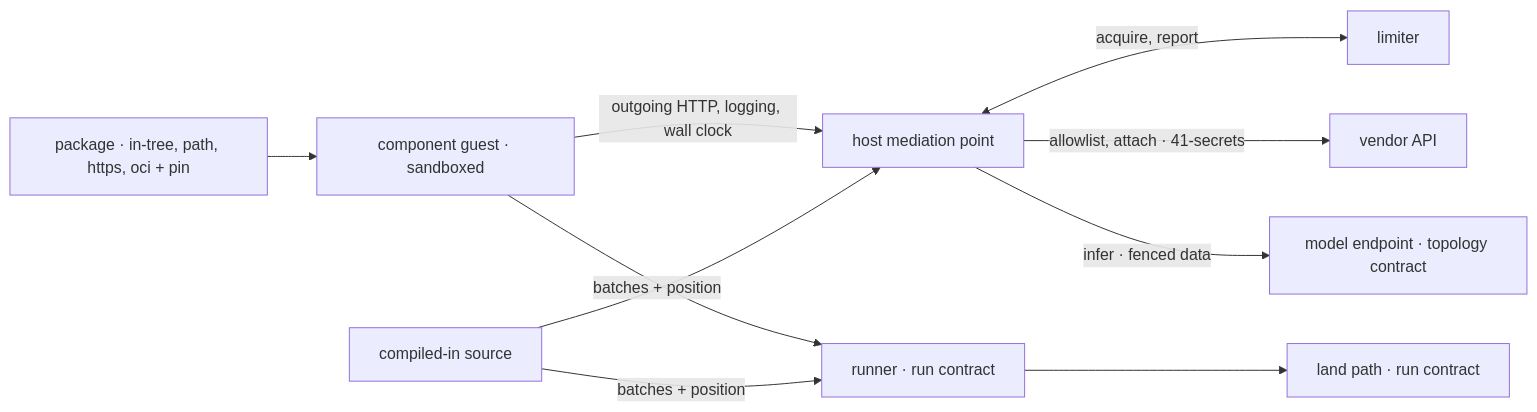
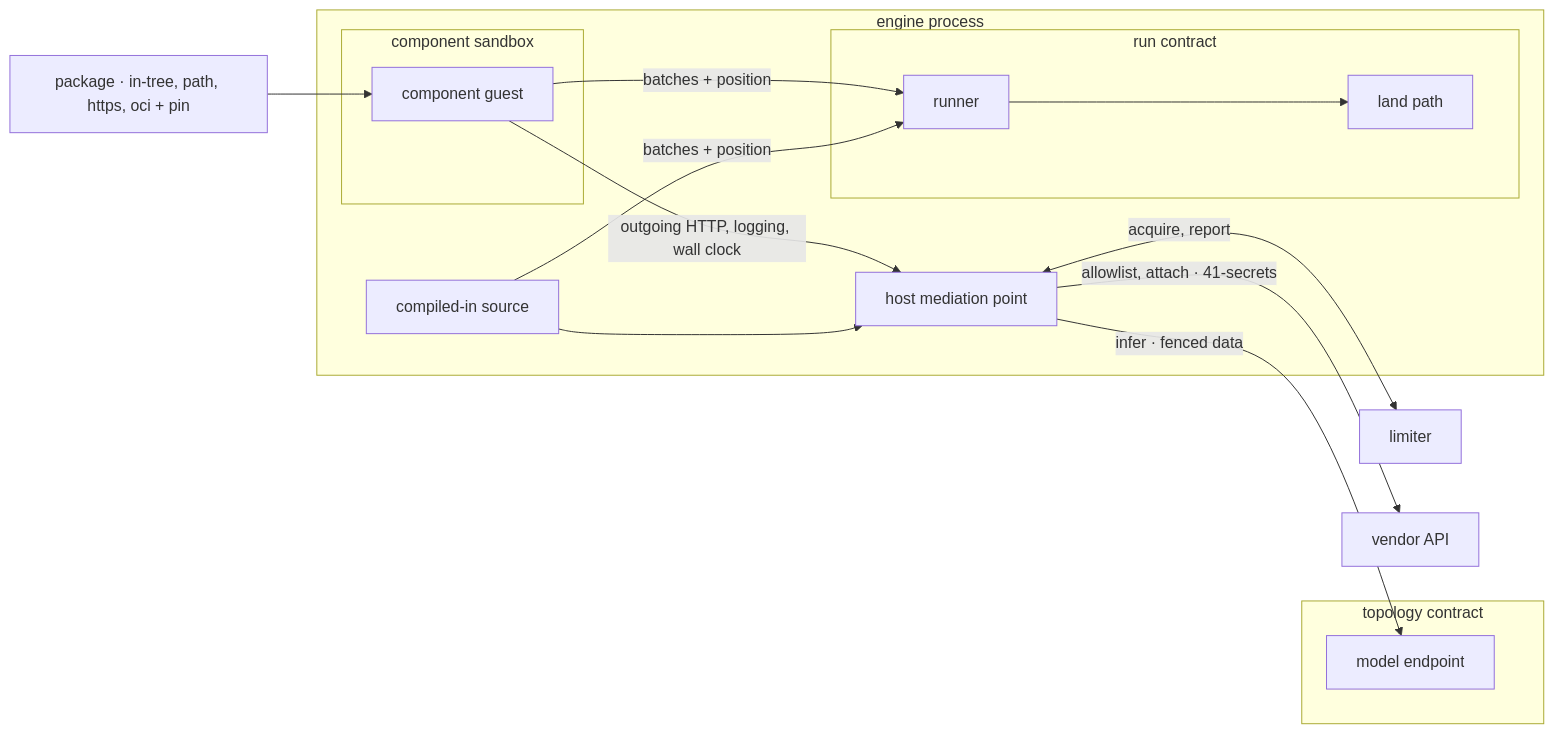
Before and after one commit to fractalboxdev/contextful: the first of 5 diagrams in spec/40-connector.md, drawn with Mermaid. The commit also changed other lines of this file and 33 other files, not shown here.

Commit message:
spec: diagrams draw contracts, parties and trust zones as containers; a node standing for one is refused

````diff
--- a/spec/40-connector.md
+++ b/spec/40-connector.md
@@ -22,13 +22,28 @@
 ```mermaid
 flowchart LR
-  PKG["package · in-tree, path, https, oci + pin"] --> GUEST["component guest · sandboxed"]
-  NATIVE["compiled-in source"]
-  GUEST -->|"outgoing HTTP, logging, wall clock"| MED["host mediation point"]
+  PKG["package · in-tree, path, https, oci + pin"] --> GUEST
+  subgraph ENGINE["engine process"]
+    subgraph SANDBOX["component sandbox"]
+      GUEST["component guest"]
+    end
+    NATIVE["compiled-in source"]
+    MED["host mediation point"]
+    subgraph RUNC["run contract"]
+      RUN["runner"]
+      LAND["land path"]
+    end
+  end
+  LIM["limiter"]
+  VEND["vendor API"]
+  subgraph TOPO["topology contract"]
+    MODEL["model endpoint"]
+  end
+  GUEST -->|"outgoing HTTP, logging, wall clock"| MED
   NATIVE --> MED
-  MED <-->|"acquire, report"| LIM["limiter"]
-  MED -->|"allowlist, attach · 41-secrets"| VEND["vendor API"]
-  MED -->|"infer · fenced data"| MODEL["model endpoint · topology contract"]
-  GUEST -->|"batches + position"| RUN["runner · run contract"]
+  MED <-->|"acquire, report"| LIM
+  MED -->|"allowlist, attach · 41-secrets"| VEND
+  MED -->|"infer · fenced data"| MODEL
+  GUEST -->|"batches + position"| RUN
   NATIVE -->|"batches + position"| RUN
-  RUN --> LAND["land path · run contract"]
+  RUN --> LAND
 ```
````
